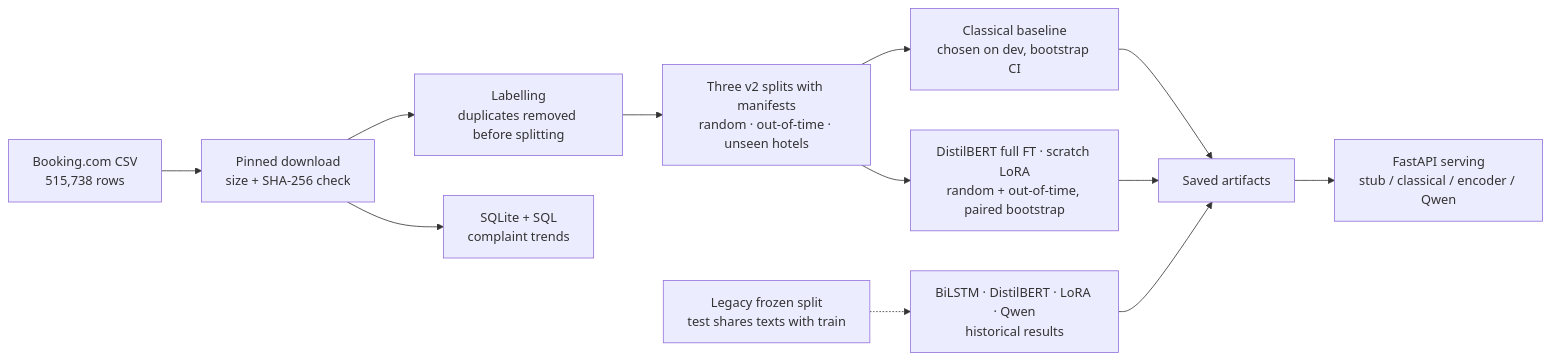
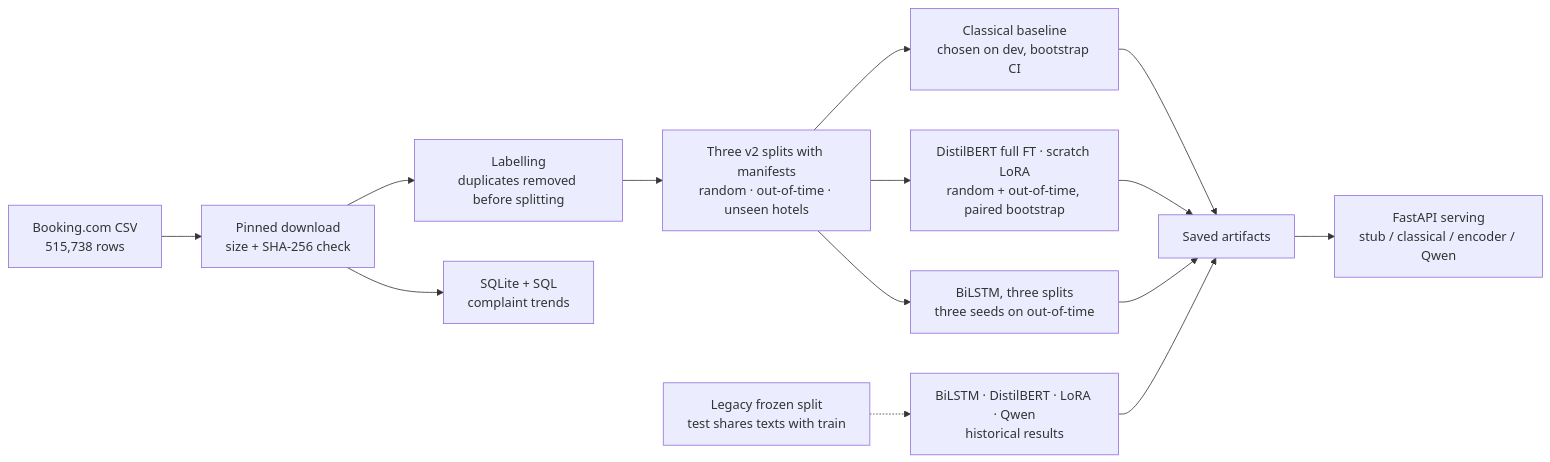
The diagram in README.md (krimits/hotel-review-nlp), drawn with Mermaid before and after one commit. The commit also changed other lines of this file and 88 other files, not shown here.

````diff
--- a/README.md
+++ b/README.md
@@ -493,12 +523,13 @@
 ```mermaid
 flowchart LR
     A[Booking.com CSV<br/>515,738 rows] --> V[Pinned download<br/>size + SHA-256 check]
     V --> B[Labelling<br/>duplicates removed before splitting]
     B --> C[Three v2 splits with manifests<br/>random · out-of-time · unseen hotels]
     C --> D[Classical baseline<br/>chosen on dev, bootstrap CI]
     C --> F[DistilBERT full FT · scratch LoRA<br/>random + out-of-time, paired bootstrap]
+    C --> G[BiLSTM, three splits<br/>three seeds on out-of-time]
     V --> S[SQLite + SQL<br/>complaint trends]
     L[Legacy frozen split<br/>test shares texts with train] -.-> E[BiLSTM · DistilBERT · LoRA · Qwen<br/>historical results]
-    D & F & E --> H[Saved artifacts]
+    D & F & G & E --> H[Saved artifacts]
     H --> I[FastAPI serving<br/>stub / classical / encoder / Qwen]
 ```
````
